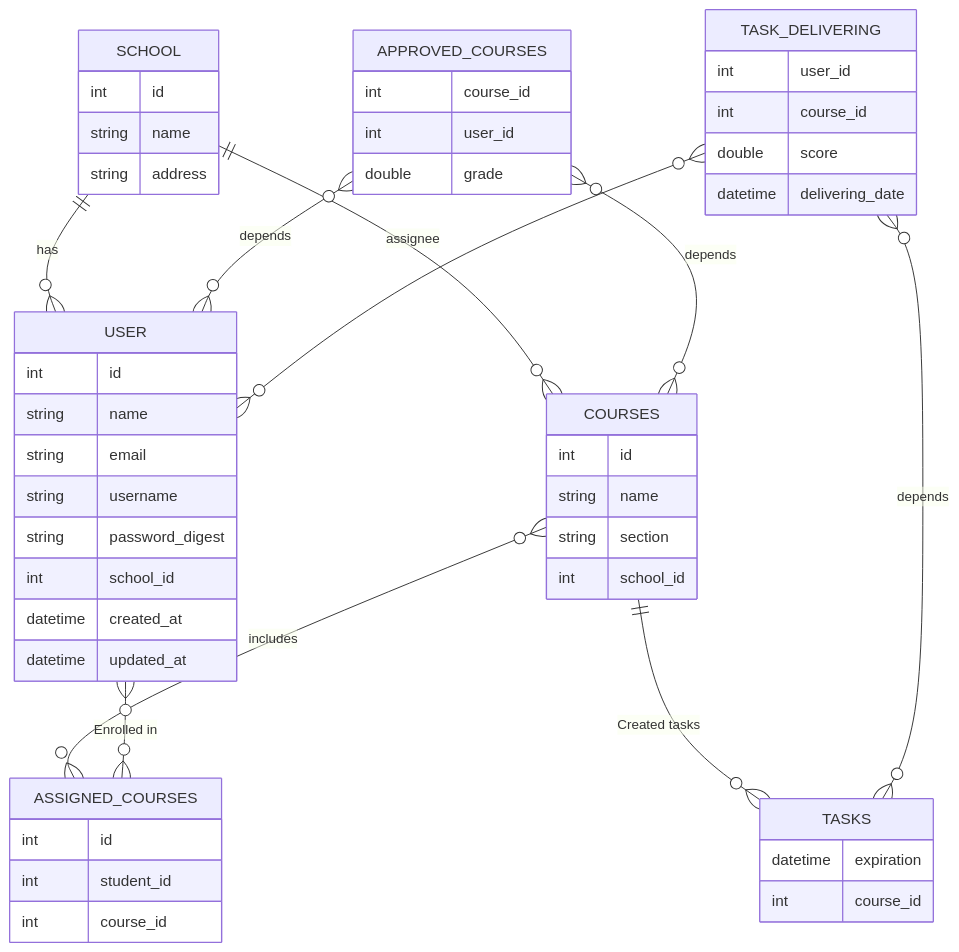
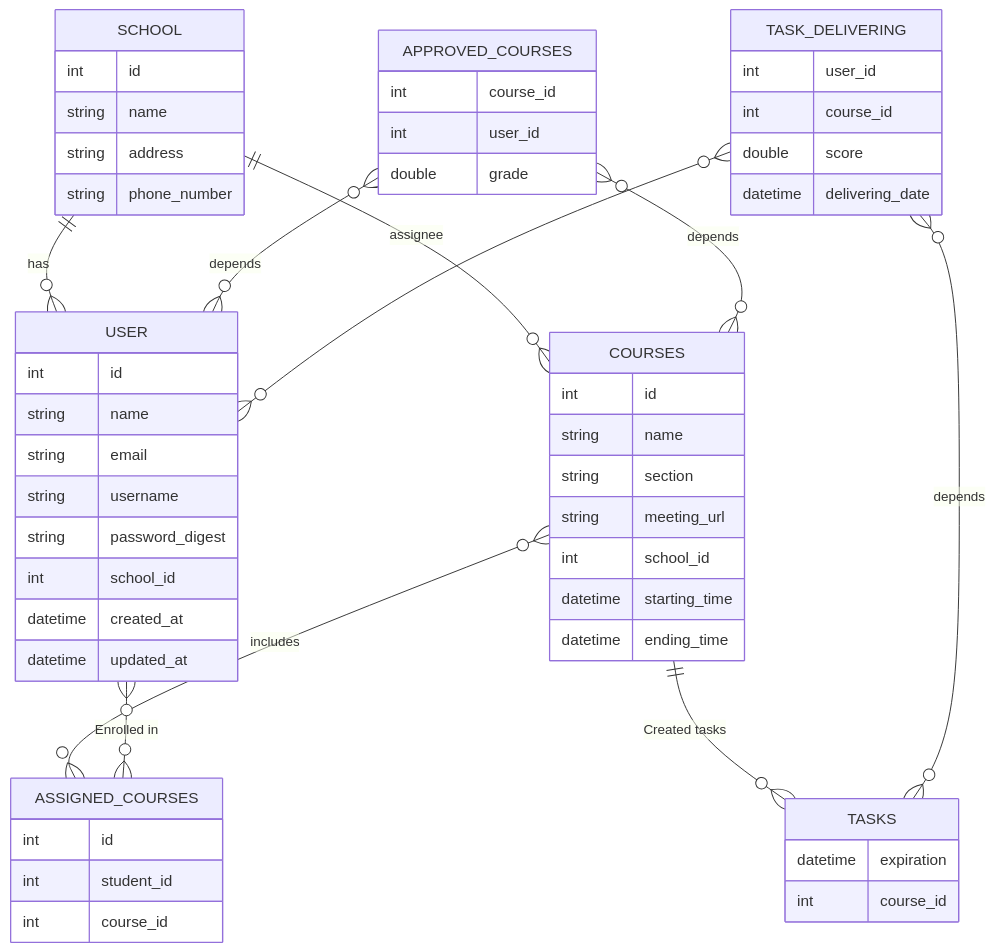
One commit to ripterdust/SchoolManagementSystem changed the diagram in diagrams/class/database.md. Above: the diagram before and after it, drawn with Mermaid. The commit also changed 1 other file, not shown here.

Commit message:
Added params on school and courses

````diff
--- a/diagrams/class/database.md
+++ b/diagrams/class/database.md
@@ -5,64 +5,68 @@
 ```mermaid
     erDiagram
 
     SCHOOL {
         int id
         string name
         string address
+        string phone_number
     }
 
     USER {
         int id
         string name
         string email
         string username
         string password_digest
         int school_id
         datetime created_at
         datetime updated_at
     }
 
     COURSES {
         int id
         string name
         string section
+        string meeting_url
         int school_id
+        datetime starting_time
+        datetime ending_time
     }
 
     APPROVED_COURSES {
         int course_id
         int user_id
         double grade
     }
 
     ASSIGNED_COURSES {
         int id
         int student_id
         int course_id
     }
 
     TASKS {
         datetime expiration
         int course_id
     }
 
     TASK_DELIVERING {
         int user_id
         int course_id
         double score
         datetime delivering_date
     }
 
 
     COURSES }o--o{ ASSIGNED_COURSES : includes
     SCHOOL ||--o{ COURSES : assignee
     COURSES ||--o{ TASKS : "Created tasks"
     SCHOOL  ||--o{ USER : has
     APPROVED_COURSES }o--o{ USER: "depends"
     APPROVED_COURSES }o--o{ COURSES: "depends"
     TASK_DELIVERING }o--o{ TASKS: "depends"
     TASK_DELIVERING }o--o{ USER: ""
     USER }o--o{ ASSIGNED_COURSES : "Enrolled in"
 
 
 ```
````
